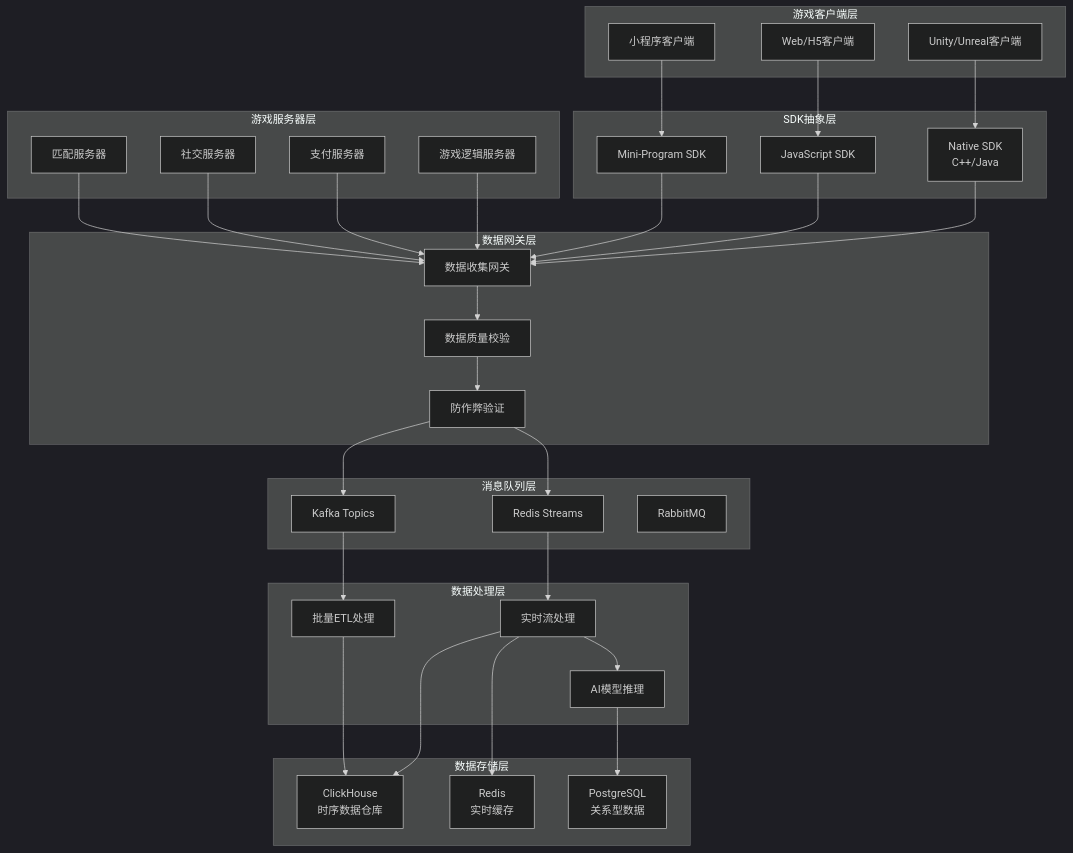
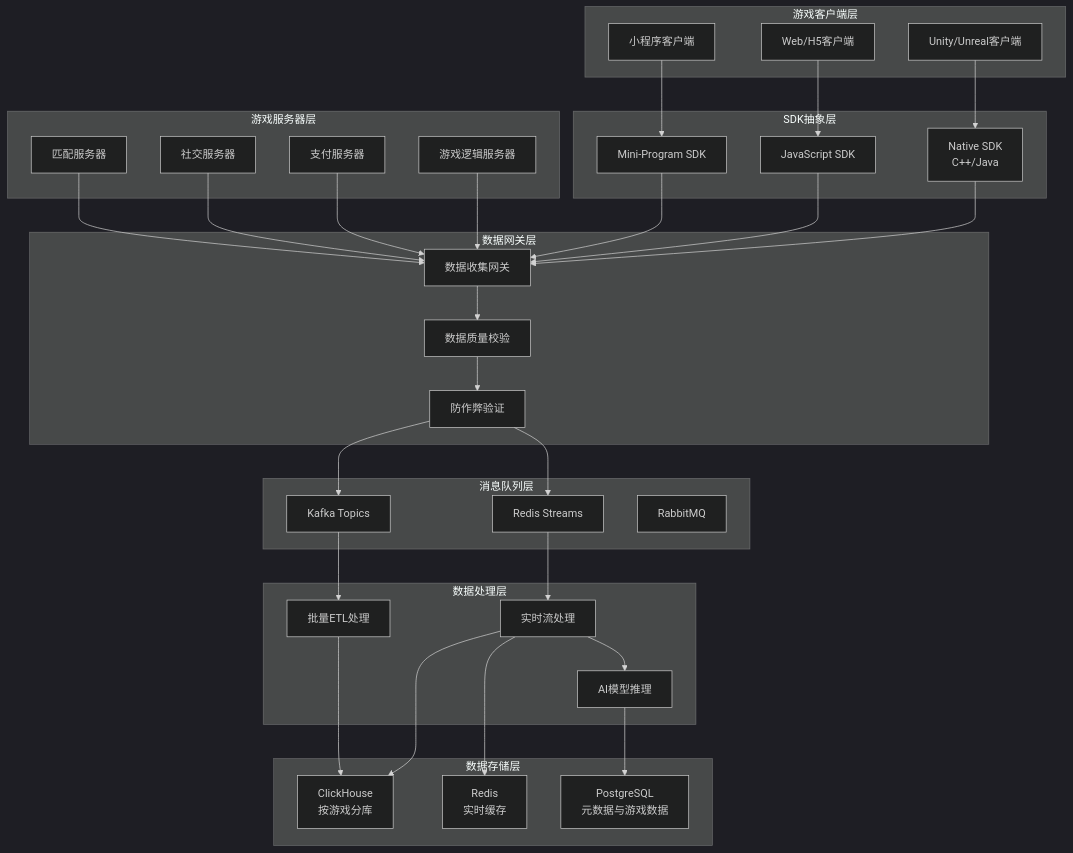
One commit to cuihairu/croupier changed the diagram in docs/analytics/data-collection-architecture.md. Above: the diagram before and after it, drawn with Mermaid (dark theme). The commit also changed 6 other files, not shown here.

First line of the commit message:
refactor: adopt database-per-game architecture for Croupier

````diff
--- a/docs/analytics/data-collection-architecture.md
+++ b/docs/analytics/data-collection-architecture.md
@@ -7,72 +7,72 @@
 ```mermaid
 graph TB
     subgraph "游戏客户端层"
         A1[Unity/Unreal客户端]
         A2[Web/H5客户端]
         A3[小程序客户端]
     end
 
     subgraph "SDK抽象层"
         B1[Native SDK<br/>C++/Java]
         B2[JavaScript SDK]
         B3[Mini-Program SDK]
     end
 
     subgraph "游戏服务器层"
         C1[游戏逻辑服务器]
         C2[支付服务器]
         C3[社交服务器]
         C4[匹配服务器]
     end
 
     subgraph "数据网关层"
         D1[数据收集网关]
         D2[数据质量校验]
         D3[防作弊验证]
     end
 
     subgraph "消息队列层"
         E1[Redis Streams]
         E2[Kafka Topics]
         E3[RabbitMQ]
     end
 
     subgraph "数据处理层"
         F1[实时流处理]
         F2[批量ETL处理]
         F3[AI模型推理]
     end
 
     subgraph "数据存储层"
-        G1[ClickHouse<br/>时序数据仓库]
+        G1[ClickHouse<br/>按游戏分库]
         G2[Redis<br/>实时缓存]
-        G3[PostgreSQL<br/>关系型数据]
+        G3[PostgreSQL<br/>元数据与游戏数据]
     end
 
     A1 --> B1
     A2 --> B2
     A3 --> B3
 
     B1 --> D1
     B2 --> D1
     B3 --> D1
 
     C1 --> D1
     C2 --> D1
     C3 --> D1
     C4 --> D1
 
     D1 --> D2
     D2 --> D3
     D3 --> E1
     D3 --> E2
 
     E1 --> F1
     E2 --> F2
     F1 --> F3
 
     F1 --> G1
     F1 --> G2
     F2 --> G1
     F3 --> G3
 ```
````
